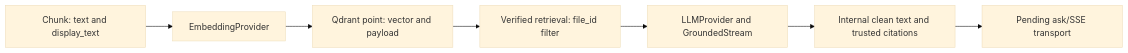
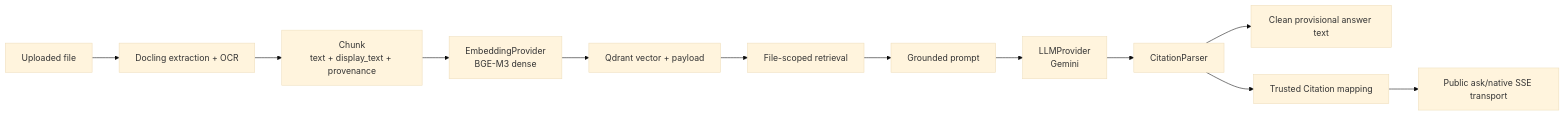
The first of 3 diagrams in .agents/skills/rag/SKILL.md (RyxnDmello/atlas), drawn with Mermaid (base theme) before and after one commit. The commit also changed other lines of this file and 13 other files, not shown here.

````diff
--- a/.agents/skills/rag/SKILL.md
+++ b/.agents/skills/rag/SKILL.md
@@ -111,9 +35,14 @@
 ```mermaid
 flowchart LR
-    Chunk["Chunk: text and display_text"] --> Embed["EmbeddingProvider"]
-    Embed --> Point["Qdrant point: vector and payload"]
-    Point --> Retrieve["Verified retrieval: file_id filter"]
-    Retrieve --> Generate["LLMProvider and GroundedStream"]
-    Generate --> Answer["Internal clean text and trusted citations"]
-    Answer --> Transport["Pending ask/SSE transport"]
+    Source["Uploaded file"] --> Docling["Docling extraction + OCR"]
+    Docling --> Chunk["Chunk<br/>text + display_text + provenance"]
+    Chunk --> Embed["EmbeddingProvider<br/>BGE-M3 dense"]
+    Embed --> Point["Qdrant vector + payload"]
+    Point --> Retrieve["File-scoped retrieval"]
+    Retrieve --> Ground["Grounded prompt"]
+    Ground --> LLM["LLMProvider<br/>Gemini"]
+    LLM --> Parse["CitationParser"]
+    Parse --> Answer["Clean provisional answer text"]
+    Parse --> Cite["Trusted Citation mapping"]
+    Cite --> Transport["Public ask/native SSE transport"]
 ```
````
